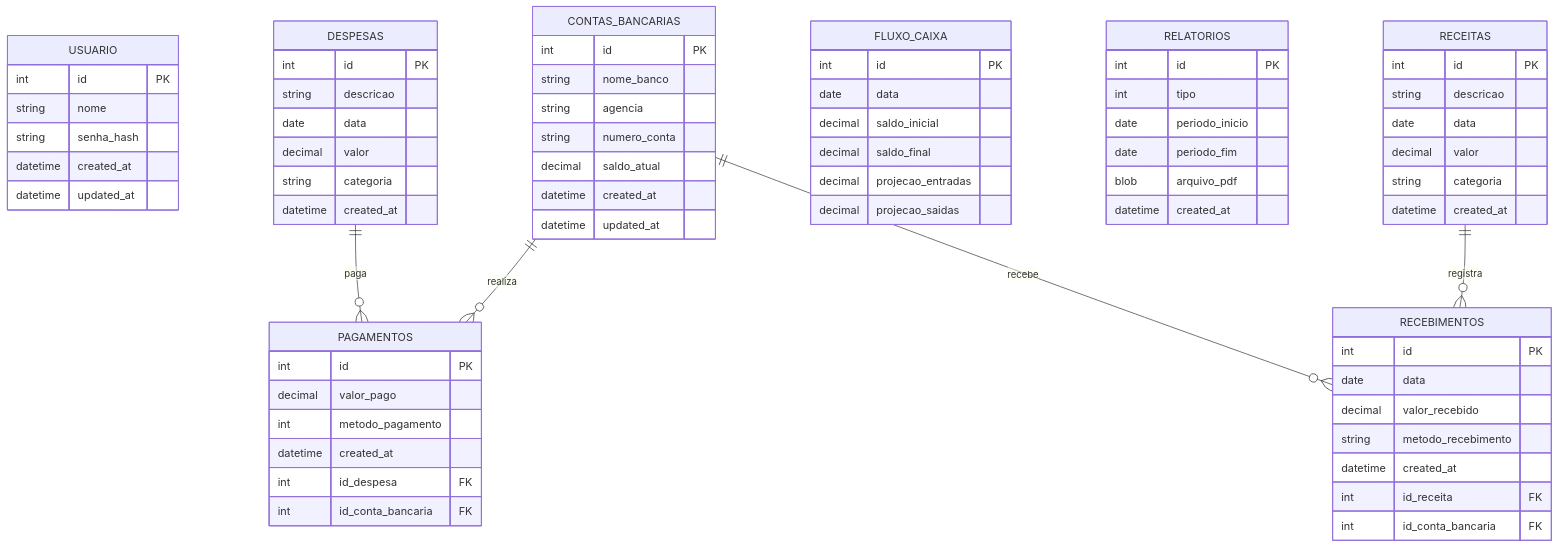
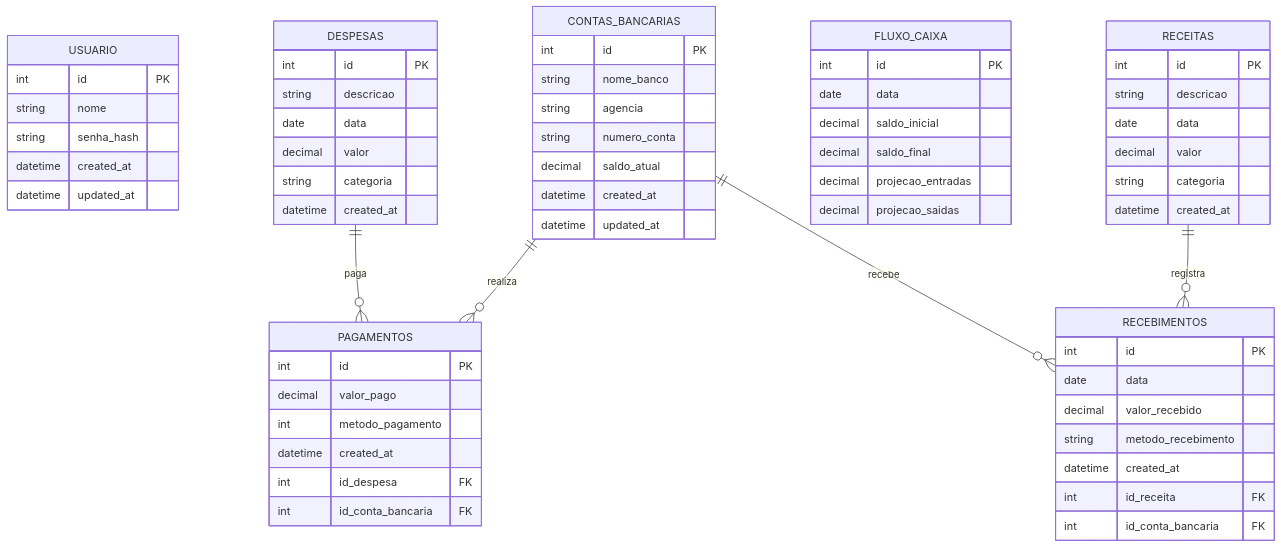
One commit to Gabriela-Amaro/Sistema-Mugiwara changed the diagram in README.MC.md. Above: the diagram before and after it, drawn with Mermaid.

````diff
--- a/README.MC.md
+++ b/README.MC.md
@@ -5,80 +5,71 @@
 ```mermaid
 erDiagram
     USUARIO {
         int id PK
         string nome
         string senha_hash
         datetime created_at
         datetime updated_at
     }
     
     DESPESAS {
         int id PK
         string descricao
         date data
         decimal valor
         string categoria
         datetime created_at
     }
     
     PAGAMENTOS {
         int id PK
         decimal valor_pago
         int metodo_pagamento
         datetime created_at
         int id_despesa FK
         int id_conta_bancaria FK
     }
     
     RECEITAS {
         int id PK
         string descricao
         date data
         decimal valor
         string categoria
         datetime created_at
     }
     
     RECEBIMENTOS {
         int id PK
         date data
         decimal valor_recebido
         string metodo_recebimento
         datetime created_at
         int id_receita FK
         int id_conta_bancaria FK
     }
     
     FLUXO_CAIXA {
         int id PK
         date data
         decimal saldo_inicial
         decimal saldo_final
         decimal projecao_entradas
         decimal projecao_saidas
     }
     
-    RELATORIOS {
-        int id PK
-        int tipo
-        date periodo_inicio
-        date periodo_fim
-        blob arquivo_pdf
-        datetime created_at
-    }
-    
     CONTAS_BANCARIAS {
         int id PK
         string nome_banco
         string agencia
         string numero_conta
         decimal saldo_atual
         datetime created_at
         datetime updated_at
     }
     
     CONTAS_BANCARIAS ||--o{ PAGAMENTOS : realiza
     CONTAS_BANCARIAS ||--o{ RECEBIMENTOS : recebe
     DESPESAS ||--o{ PAGAMENTOS : paga
     RECEITAS ||--o{ RECEBIMENTOS : registra
 ```
````
